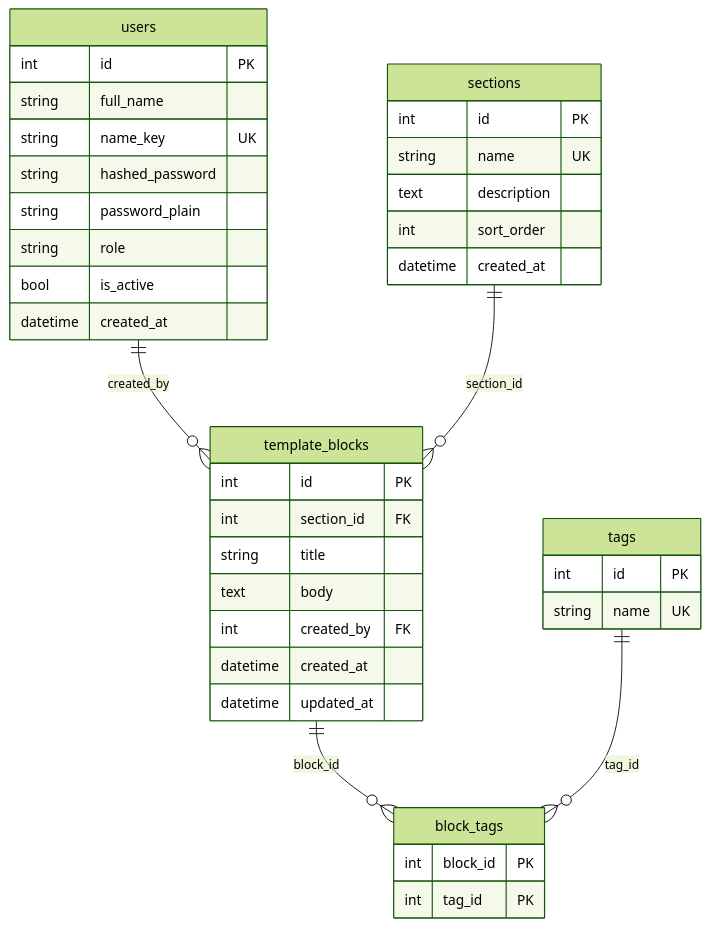
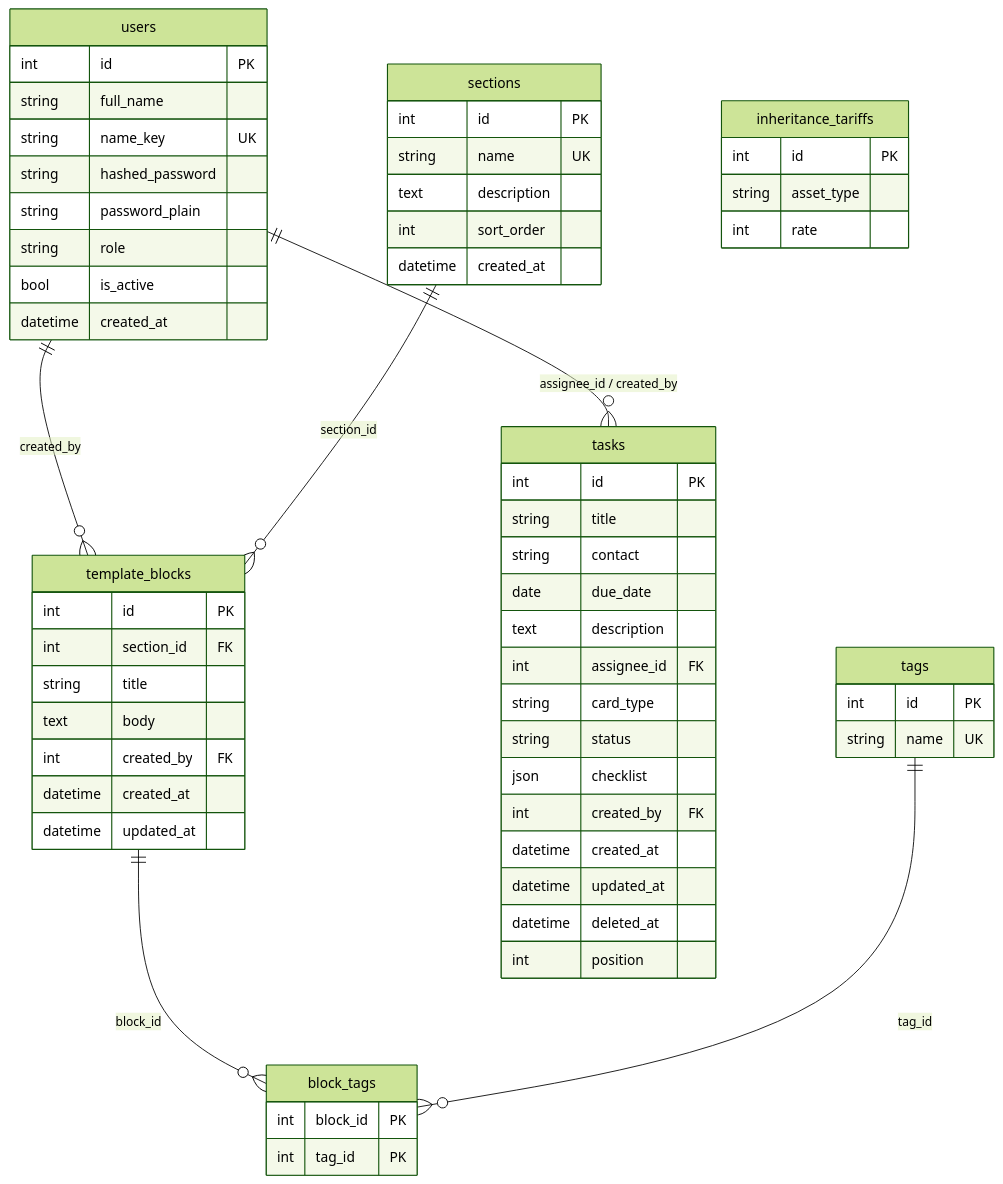
Before and after one commit to serginyakow-rgb/Portal: the second of 2 diagrams in PROJECT_MAP.md, drawn with Mermaid (forest theme). The commit also changed other lines of this file and 2 other files, not shown here.

````diff
--- a/PROJECT_MAP.md
+++ b/PROJECT_MAP.md
@@ -401,46 +501,70 @@
 ```mermaid
 erDiagram
     users ||--o{ template_blocks : "created_by"
+    users ||--o{ tasks : "assignee_id / created_by"
     sections ||--o{ template_blocks : "section_id"
     template_blocks ||--o{ block_tags : "block_id"
     tags ||--o{ block_tags : "tag_id"
 
     users {
         int id PK
         string full_name
         string name_key UK
         string hashed_password
         string password_plain
         string role
         bool is_active
         datetime created_at
     }
 
     sections {
         int id PK
         string name UK
         text description
         int sort_order
         datetime created_at
     }
 
     template_blocks {
         int id PK
         int section_id FK
         string title
         text body
         int created_by FK
         datetime created_at
         datetime updated_at
     }
 
     tags {
         int id PK
         string name UK
     }
 
     block_tags {
         int block_id PK
         int tag_id PK
     }
+
+    inheritance_tariffs {
+        int id PK
+        string asset_type
+        int rate
+    }
+
+    tasks {
+        int id PK
+        string title
+        string contact
+        date due_date
+        text description
+        int assignee_id FK
+        string card_type
+        string status
+        json checklist
+        int created_by FK
+        datetime created_at
+        datetime updated_at
+        datetime deleted_at
+        int position
+    }
 ```
````
